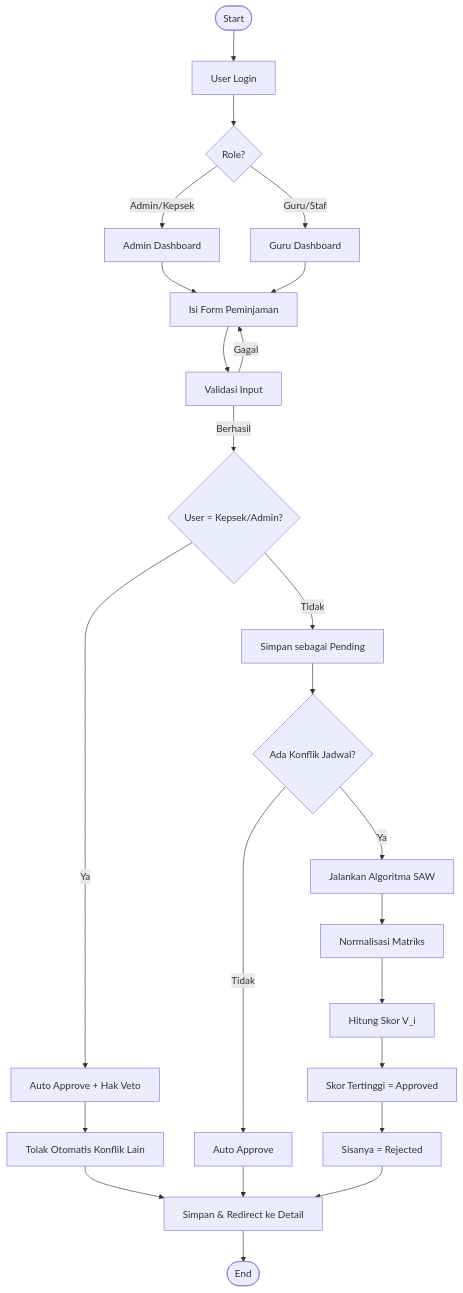
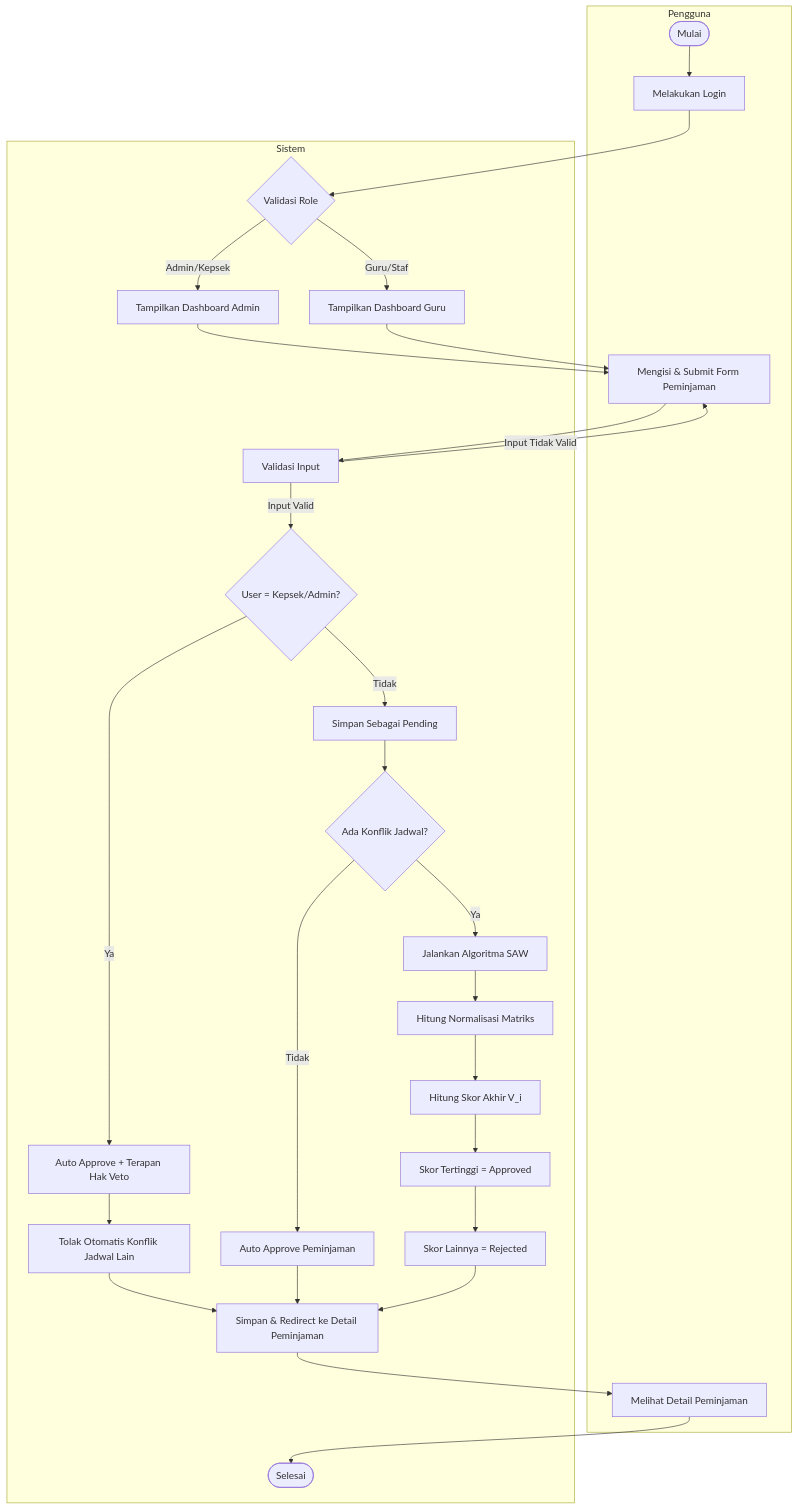
Before and after one commit to Rizalibrah08/booking-sistem: the second of 4 diagrams in README.md, drawn with Mermaid.

Commit message:
readme 1

````diff
--- a/README.md
+++ b/README.md
@@ -196,33 +196,65 @@
 ```mermaid
 flowchart TD
-    A([Start]) --> B[User Login]
-    B --> C{Role?}
-    C -->|Admin/Kepsek| D[Admin Dashboard]
-    C -->|Guru/Staf| E[Guru Dashboard]
+    subgraph Pengguna
+        A([Mulai])
+        B[Melakukan Login]
+        F[Mengisi & Submit Form Peminjaman]
+        U[Melihat Detail Peminjaman]
+    end
 
-    D --> F[Isi Form Peminjaman]
+    subgraph Sistem
+        C{Validasi Role}
+        D[Tampilkan Dashboard Admin]
+        E[Tampilkan Dashboard Guru]
+        G[Validasi Input]
+        H{User = Kepsek/Admin?}
+        
+        I[Auto Approve + Terapan Hak Veto]
+        J[Tolak Otomatis Konflik Jadwal Lain]
+        
+        L[Simpan Sebagai Pending]
+        M{Ada Konflik Jadwal?}
+        
+        N[Auto Approve Peminjaman]
+        
+        O[Jalankan Algoritma SAW]
+        P[Hitung Normalisasi Matriks]
+        Q[Hitung Skor Akhir V_i]
+        R[Skor Tertinggi = Approved]
+        S[Skor Lainnya = Rejected]
+        
+        K[Simpan & Redirect ke Detail Peminjaman]
+        T([Selesai])
+    end
+
+    A --> B
+    B --> C
+    C -->|Admin/Kepsek| D
+    C -->|Guru/Staf| E
+    D --> F
     E --> F
-
-    F --> G[Validasi Input]
-    G -->|Gagal| F
-    G -->|Berhasil| H{User = Kepsek/Admin?}
-
-    H -->|Ya| I[Auto Approve + Hak Veto]
-    I --> J[Tolak Otomatis Konflik Lain]
-    J --> K[Simpan & Redirect ke Detail]
-
-    H -->|Tidak| L[Simpan sebagai Pending]
-    L --> M{Ada Konflik Jadwal?}
-
-    M -->|Tidak| N[Auto Approve]
+    
+    F --> G
+    G -->|Input Tidak Valid| F
+    G -->|Input Valid| H
+    
+    H -->|Ya| I
+    I --> J
+    J --> K
+    
+    H -->|Tidak| L
+    L --> M
+    
+    M -->|Tidak| N
     N --> K
-
-    M -->|Ya| O[Jalankan Algoritma SAW]
-    O --> P[Normalisasi Matriks]
-    P --> Q[Hitung Skor V_i]
-    Q --> R[Skor Tertinggi = Approved]
-    R --> S[Sisanya = Rejected]
+    
+    M -->|Ya| O
+    O --> P
+    P --> Q
+    Q --> R
+    R --> S
     S --> K
-
-    K --> T([End])
+    
+    K --> U
+    U --> T
 ```
````
